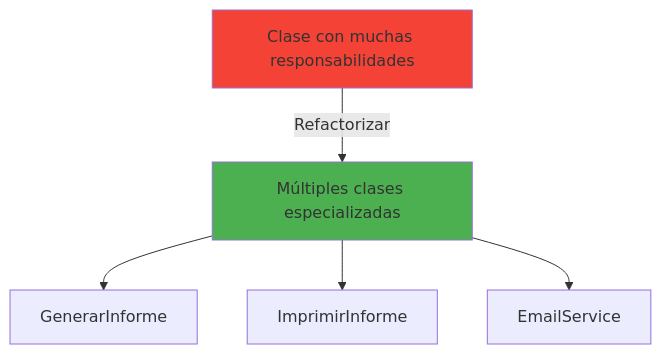
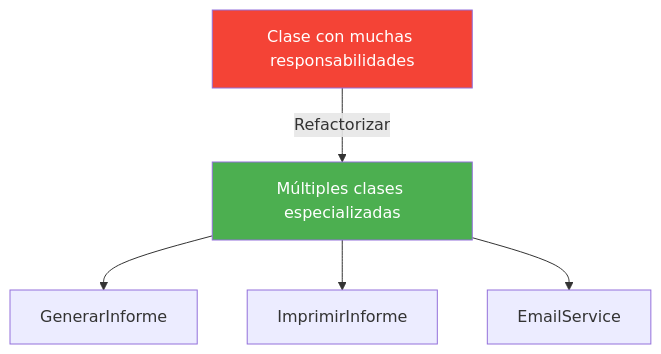
Before and after one commit to joseluisgs/DesarrolloWebEntornosServidor-01-2026-2027: the fourth of 17 diagrams in csharp_inicial/05-PatronesArquitecturas.md, drawn with Mermaid. The commit also changed other lines of this file and 66 other files, not shown here.

First line of the commit message:
fix: normalizar titulos al castellano de frase y corregir la paleta de mermaid

````diff
--- a/csharp_inicial/05-PatronesArquitecturas.md
+++ b/csharp_inicial/05-PatronesArquitecturas.md
@@ -131,10 +131,10 @@
 ```mermaid
 graph TD
     A["Clase con muchas responsabilidades"] -->|Refactorizar| B["Múltiples clases especializadas"]
     B --> C1["GenerarInforme"]
     B --> C2["ImprimirInforme"]
     B --> C3["EmailService"]
     
-    style A fill:#F44336
-    style B fill:#4CAF50
+    style A fill:#F44336,color:#fff
+    style B fill:#4CAF50,color:#fff
 ```
````
